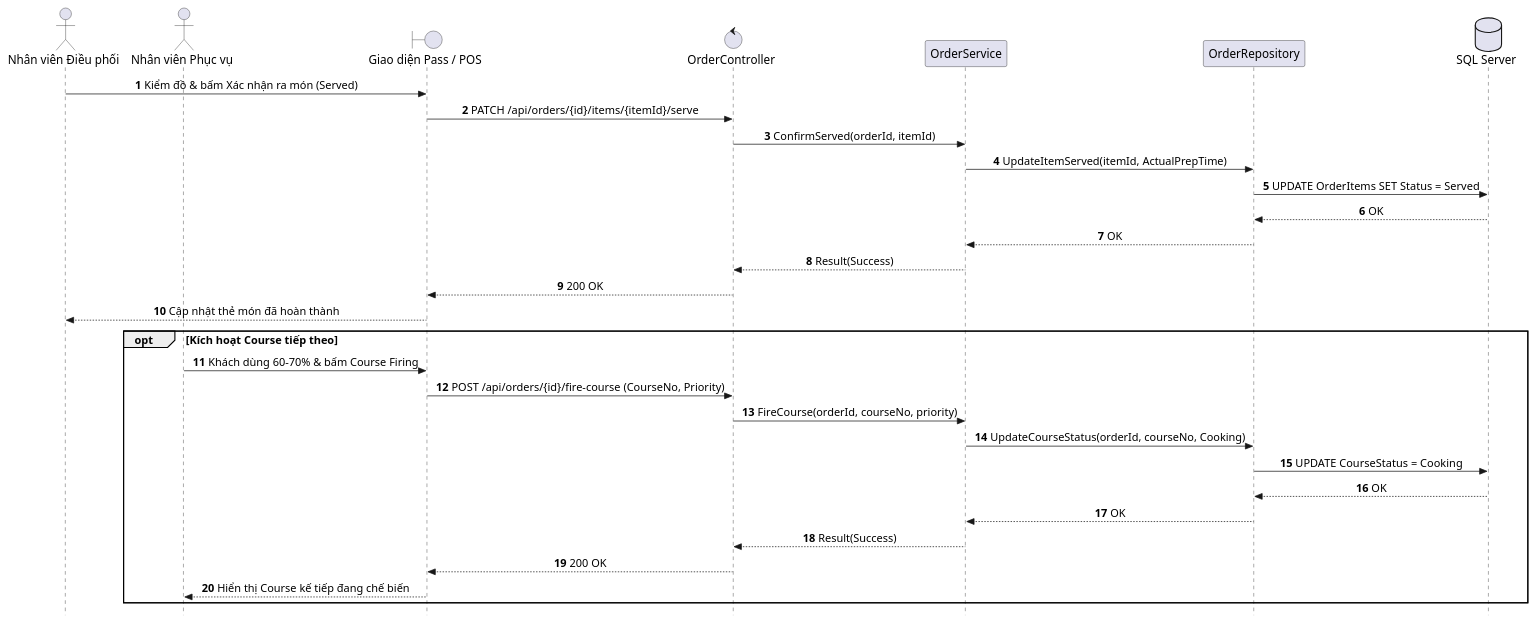
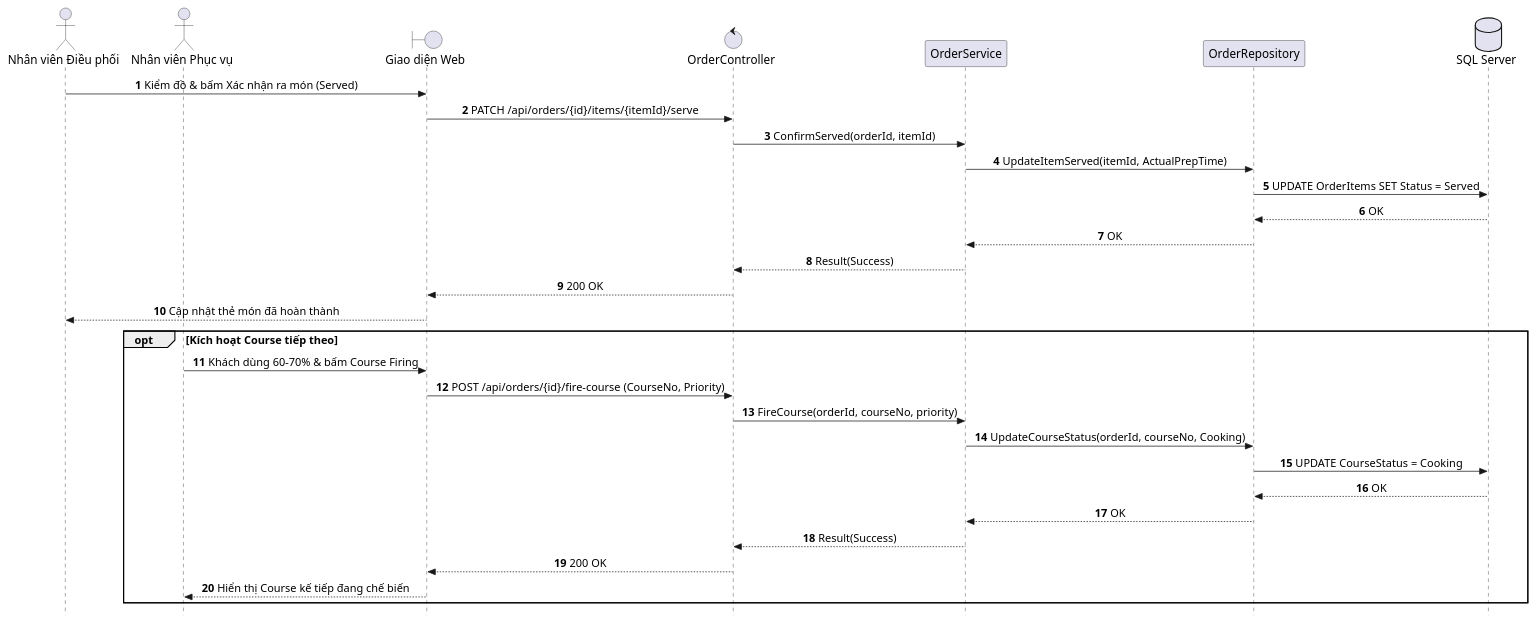
Before and after one commit to AndrewQng/VinDining: the diagram in docs/phase1/use-cases/UC-E2_Kiem_Do_Pass_Va_Ra_Mon.md, drawn with PlantUML. The commit also changed other lines of this file and 87 other files, not shown here.

Commit message:
docs: add phase 1 use case specifications, sequence diagrams, and architecture diagrams

````diff
--- a/docs/phase1/use-cases/UC-E2_Kiem_Do_Pass_Va_Ra_Mon.md
+++ b/docs/phase1/use-cases/UC-E2_Kiem_Do_Pass_Va_Ra_Mon.md
@@ -1,47 +1,47 @@
 ```plantuml
 @startuml SD_UC_E2_Expediter_Serve_CourseFiring
 autonumber
 skinparam style strictuml
 skinparam sequenceMessageAlign center
 skinparam responseMessageBelowArrow true
 skinparam defaultFontName "Segoe UI", Arial, sans-serif
 skinparam defaultFontSize 16
 skinparam sequenceActorFontSize 16
 skinparam sequenceParticipantFontSize 16
 skinparam sequenceArrowFontSize 15
 skinparam sequenceGroupFontSize 15
 skinparam sequenceGroupHeaderFontSize 15
 
 actor "Nhân viên Điều phối" as Expediter
 actor "Nhân viên Phục vụ" as Waitstaff
-boundary "Giao diện Pass / POS" as UI
+boundary "Giao diện Web" as UI
 control "OrderController" as Controller
 participant "OrderService" as Service
 participant "OrderRepository" as Repo
 database "SQL Server" as DB
 
 Expediter -> UI: Kiểm đồ & bấm Xác nhận ra món (Served)
 UI -> Controller: PATCH /api/orders/{id}/items/{itemId}/serve
 Controller -> Service: ConfirmServed(orderId, itemId)
 Service -> Repo: UpdateItemServed(itemId, ActualPrepTime)
 Repo -> DB: UPDATE OrderItems SET Status = Served
 DB --> Repo: OK
 Repo --> Service: OK
 Service --> Controller: Result(Success)
 Controller --> UI: 200 OK
 UI --> Expediter: Cập nhật thẻ món đã hoàn thành
 
 opt Kích hoạt Course tiếp theo
     Waitstaff -> UI: Khách dùng 60-70% & bấm Course Firing
     UI -> Controller: POST /api/orders/{id}/fire-course (CourseNo, Priority)
     Controller -> Service: FireCourse(orderId, courseNo, priority)
     Service -> Repo: UpdateCourseStatus(orderId, courseNo, Cooking)
     Repo -> DB: UPDATE CourseStatus = Cooking
     DB --> Repo: OK
     Repo --> Service: OK
     Service --> Controller: Result(Success)
     Controller --> UI: 200 OK
     UI --> Waitstaff: Hiển thị Course kế tiếp đang chế biến
 end
 @enduml
 ```
````
